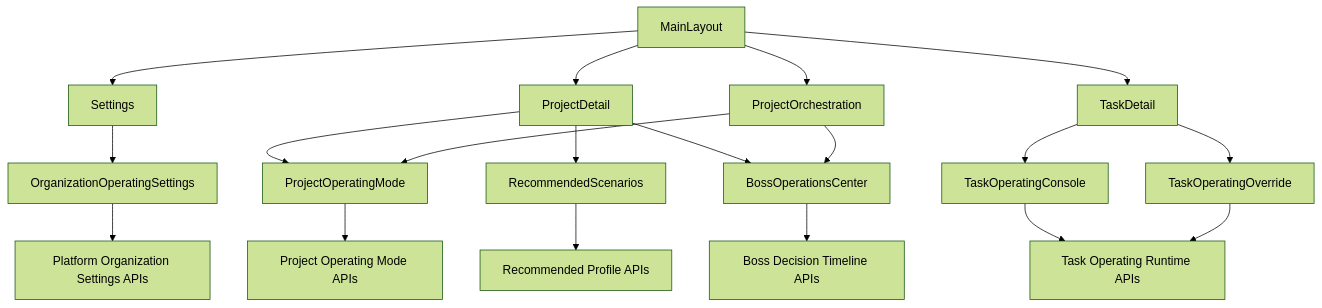
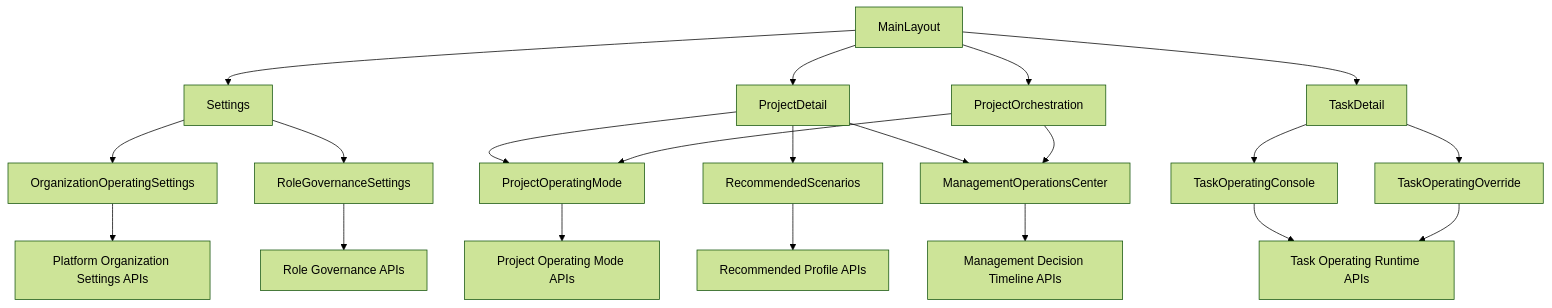
The first of 2 diagrams in docs/organization-oriented-agent-frontend-information-architecture.md (openerserver/openerx), drawn with Mermaid (forest theme) before and after one commit. The commit also changed other lines of this file and 24 other files, not shown here.

````diff
--- a/docs/organization-oriented-agent-frontend-information-architecture.md
+++ b/docs/organization-oriented-agent-frontend-information-architecture.md
@@ -155,26 +177,28 @@
 ```mermaid
 flowchart TD
   A[MainLayout] --> B[Settings]
   A --> C[ProjectDetail]
   A --> D[ProjectOrchestration]
   A --> E[TaskDetail]
 
   B --> B1[OrganizationOperatingSettings]
+  B --> B2[RoleGovernanceSettings]
 
   C --> C1[ProjectOperatingMode]
   C --> C2[RecommendedScenarios]
-  C --> C3[BossOperationsCenter]
+  C --> C3[ManagementOperationsCenter]
 
   D --> C1
   D --> C3
 
   E --> E1[TaskOperatingConsole]
   E --> E2[TaskOperatingOverride]
 
   B1 --> F[Platform Organization Settings APIs]
+  B2 --> K[Role Governance APIs]
   C1 --> G[Project Operating Mode APIs]
   C2 --> H[Recommended Profile APIs]
   E1 --> I[Task Operating Runtime APIs]
   E2 --> I
-  C3 --> J[Boss Decision Timeline APIs]
+  C3 --> J[Management Decision Timeline APIs]
 ```
````
